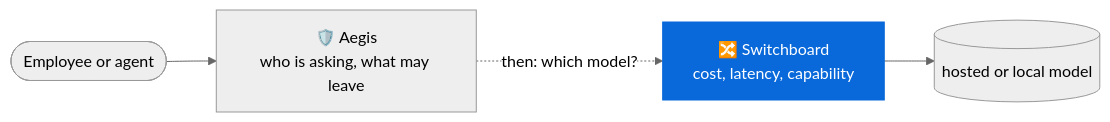
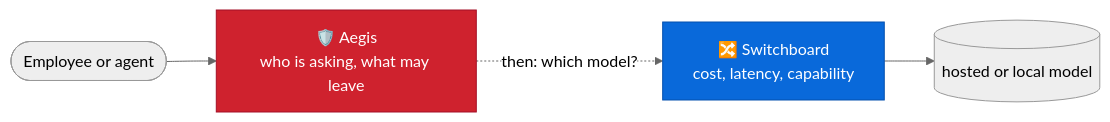
The second of 2 diagrams in switchboard/README.md (kumarlakshya24/enterprise-ai-platform), drawn with Mermaid (neutral theme) before and after one commit. The commit also changed 9 other files, not shown here.

First line of the commit message:
docs: one colour per project across every architecture diagram (#11)

````diff
--- a/switchboard/README.md
+++ b/switchboard/README.md
@@ -237,7 +237,14 @@
 ```mermaid
 flowchart LR
   U([Employee or agent]) --> AEG[🛡️ Aegis<br/>who is asking, what may leave]
   AEG -. "then: which model?" .-> SW[🔀 Switchboard<br/>cost, latency, capability]
   SW --> M[("hosted or local model")]
-  style SW fill:#0969da,color:#fff,stroke:#0969da
+  classDef aegis fill:#cf222e,stroke:#a40e26,color:#fff
+  classDef switchboard fill:#0969da,stroke:#0550ae,color:#fff
+  classDef lumen fill:#bf8700,stroke:#9a6700,color:#fff
+  classDef atlas fill:#1a7f37,stroke:#116329,color:#fff
+  classDef forge fill:#bc4c00,stroke:#953800,color:#fff
+  classDef lens fill:#8250df,stroke:#6639ba,color:#fff
+  class AEG aegis
+  class SW switchboard
 ```
````
